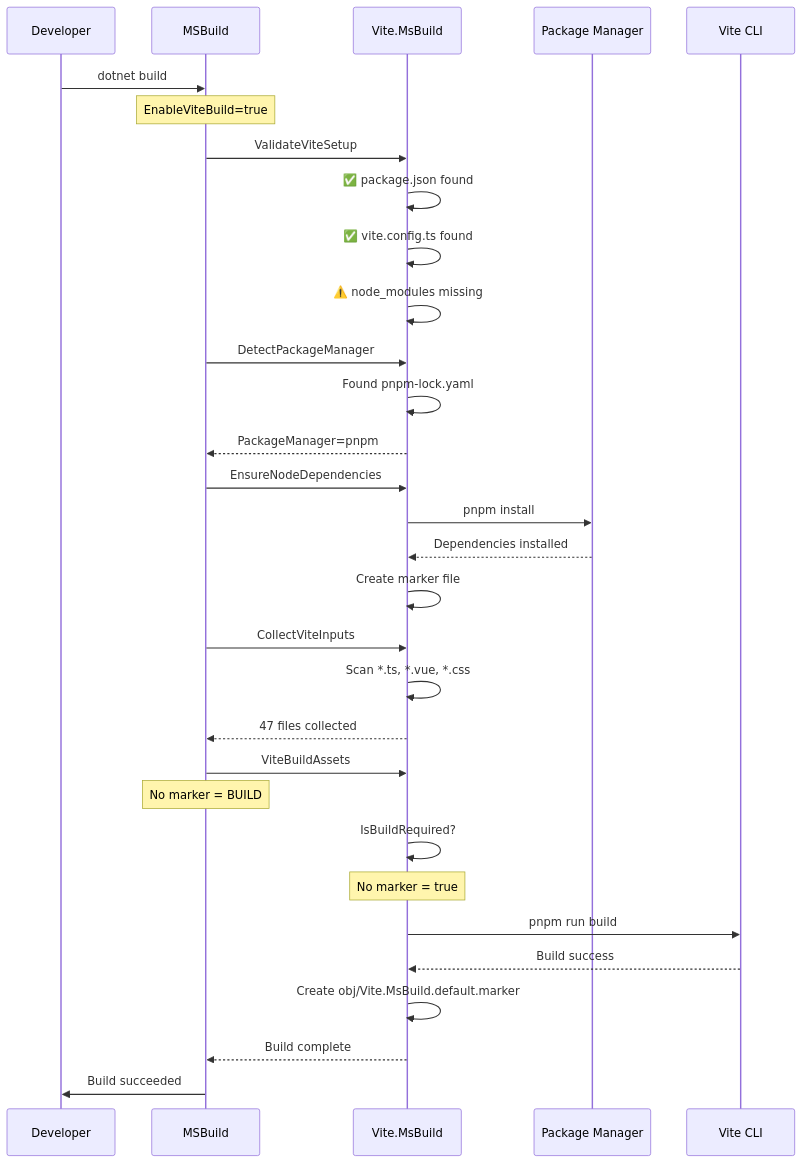
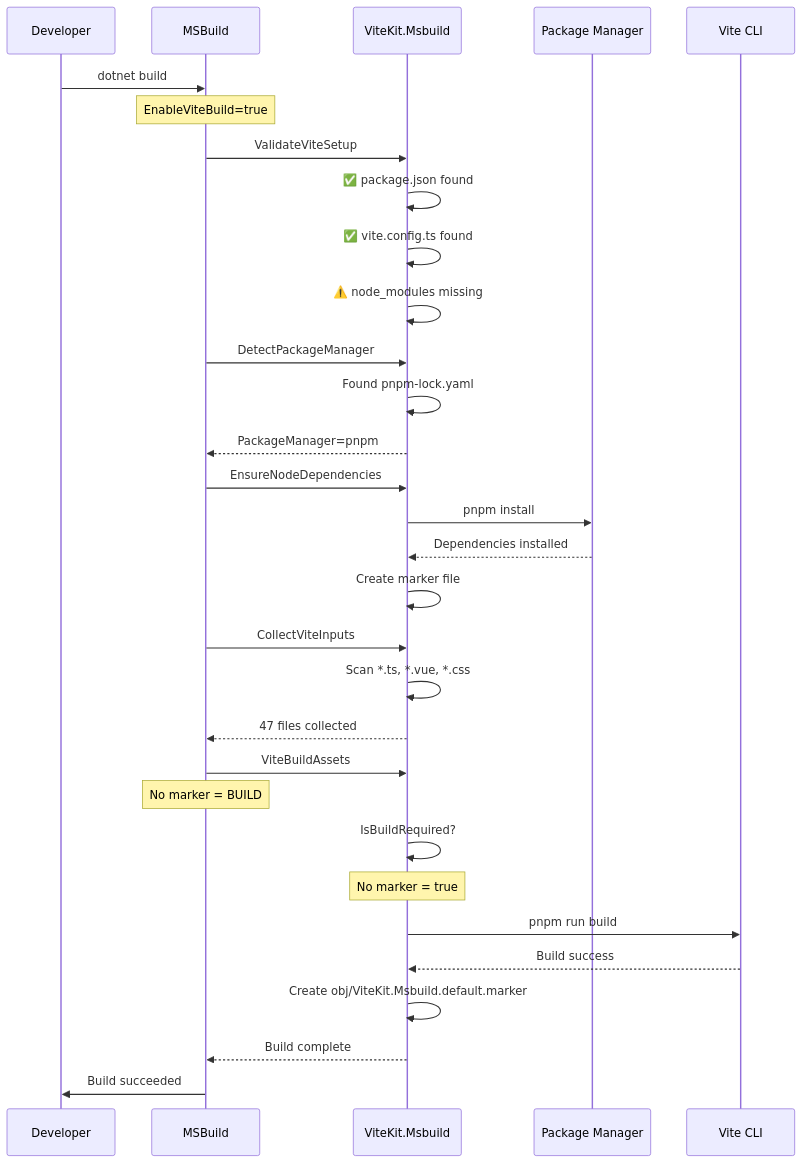
The fifth of 18 diagrams in docs/architecture/build-decision-matrix.md (DigitalParadox/Vite.MsBuild), drawn with Mermaid before and after one commit. The commit also changed other lines of this file and 38 other files, not shown here.

First line of the commit message:
refactor: rename Vite.MsBuild to ViteKit.Msbuild across documentation

````diff
--- a/docs/architecture/build-decision-matrix.md
+++ b/docs/architecture/build-decision-matrix.md
@@ -183,43 +183,43 @@
 ```mermaid
 sequenceDiagram
     participant Dev as Developer
     participant MSB as MSBuild
-    participant Vite as Vite.MsBuild
+    participant Vite as ViteKit.Msbuild
     participant NPM as Package Manager
     participant V as Vite CLI
 
     Dev->>MSB: dotnet build
     Note over MSB: EnableViteBuild=true
     
     MSB->>Vite: ValidateViteSetup
     Vite->>Vite: ✅ package.json found
     Vite->>Vite: ✅ vite.config.ts found
     Vite->>Vite: ⚠️ node_modules missing
     
     MSB->>Vite: DetectPackageManager
     Vite->>Vite: Found pnpm-lock.yaml
     Vite-->>MSB: PackageManager=pnpm
     
     MSB->>Vite: EnsureNodeDependencies
     Vite->>NPM: pnpm install
     NPM-->>Vite: Dependencies installed
     Vite->>Vite: Create marker file
     
     MSB->>Vite: CollectViteInputs
     Vite->>Vite: Scan *.ts, *.vue, *.css
     Vite-->>MSB: 47 files collected
     
     MSB->>Vite: ViteBuildAssets
     Note over MSB: No marker = BUILD
     
     Vite->>Vite: IsBuildRequired?
     Note over Vite: No marker = true
     
     Vite->>V: pnpm run build
     V-->>Vite: Build success
     
-    Vite->>Vite: Create obj/Vite.MsBuild.default.marker
+    Vite->>Vite: Create obj/ViteKit.Msbuild.default.marker
     Vite-->>MSB: Build complete
     
     MSB->>Dev: Build succeeded
 ```
````
